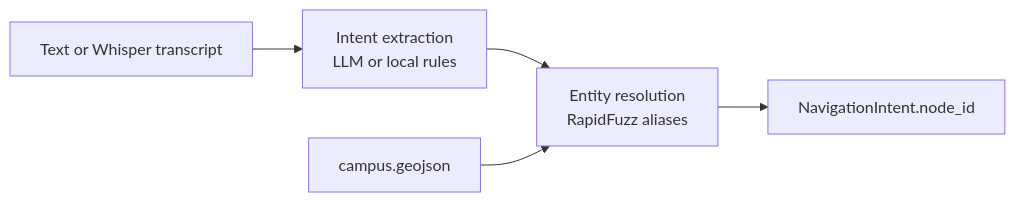
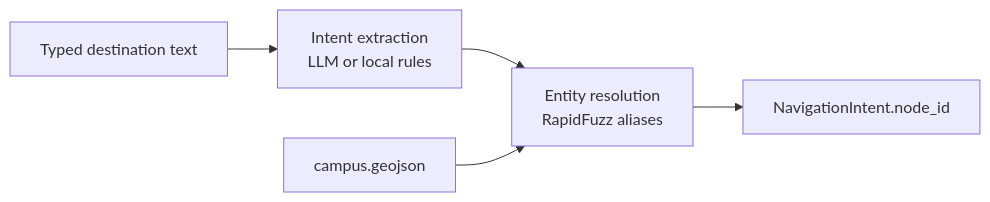
One commit to ydtrxh/ENSAM-Smart-Navigation changed the fourth of 4 diagrams in README.md. Above: the diagram before and after it, drawn with Mermaid. The commit also changed other lines of this file, not shown here.

````diff
--- a/README.md
+++ b/README.md
@@ -230,12 +226,12 @@
 ```mermaid
 flowchart LR
-    Input["Text or Whisper transcript"]
+    Input["Typed destination text"]
     Extract["Intent extraction<br/>LLM or local rules"]
     Resolve["Entity resolution<br/>RapidFuzz aliases"]
     Campus["campus.geojson"]
     Node["NavigationIntent.node_id"]
 
     Input --> Extract --> Resolve
     Campus --> Resolve
     Resolve --> Node
 ```
````
